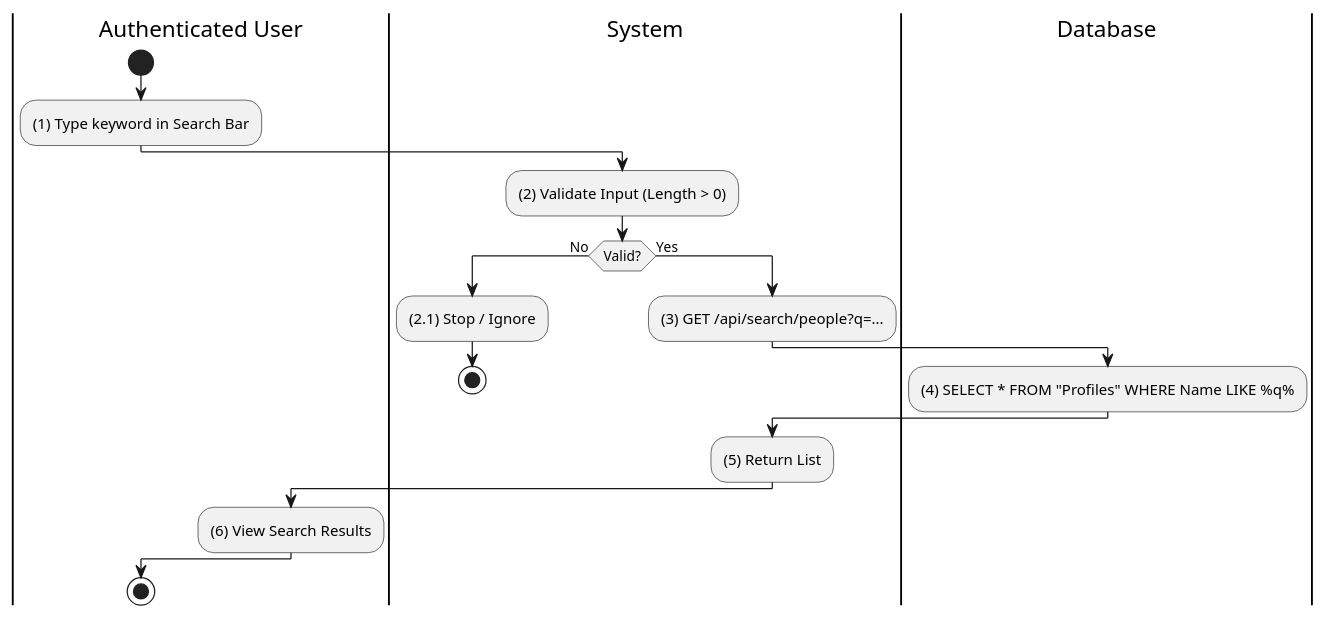
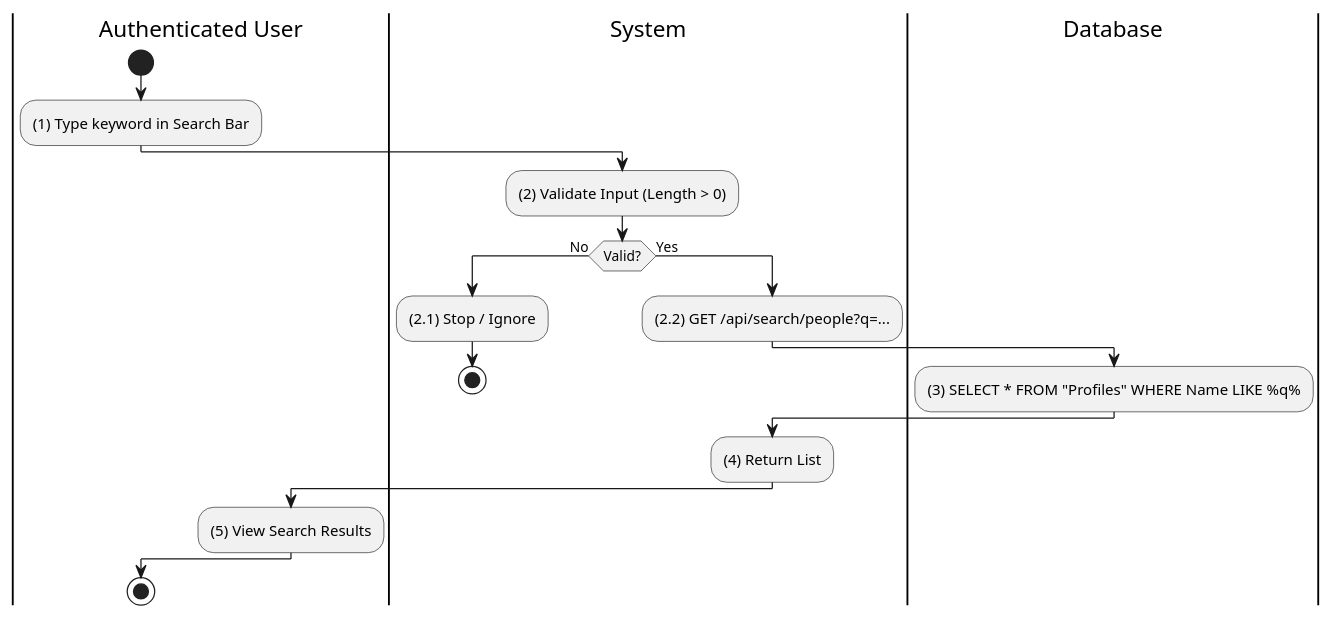
Before and after one commit to I-Love-U-3000/Favi-BE: the seventh of 14 diagrams in UC_2.1.6_Adjust_Friend.md, drawn with PlantUML. The commit also changed other lines of this file and 36 other files, not shown here.

````diff
--- a/UC_2.1.6_Adjust_Friend.md
+++ b/UC_2.1.6_Adjust_Friend.md
@@ -377,22 +317,22 @@
 ```plantuml
 @startuml
 |Authenticated User|
 start
 :(1) Type keyword in Search Bar;
 |System|
 :(2) Validate Input (Length > 0);
 if (Valid?) then (No)
   :(2.1) Stop / Ignore;
   stop
 else (Yes)
-  :(3) GET /api/search/people?q=...;
+  :(2.2) GET /api/search/people?q=...;
   |Database|
-  :(4) SELECT * FROM "Profiles" WHERE Name LIKE %q%;
+  :(3) SELECT * FROM "Profiles" WHERE Name LIKE %q%;
   |System|
-  :(5) Return List;
+  :(4) Return List;
   |Authenticated User|
-  :(6) View Search Results;
+  :(5) View Search Results;
 endif
 stop
 @enduml
 ```
````
